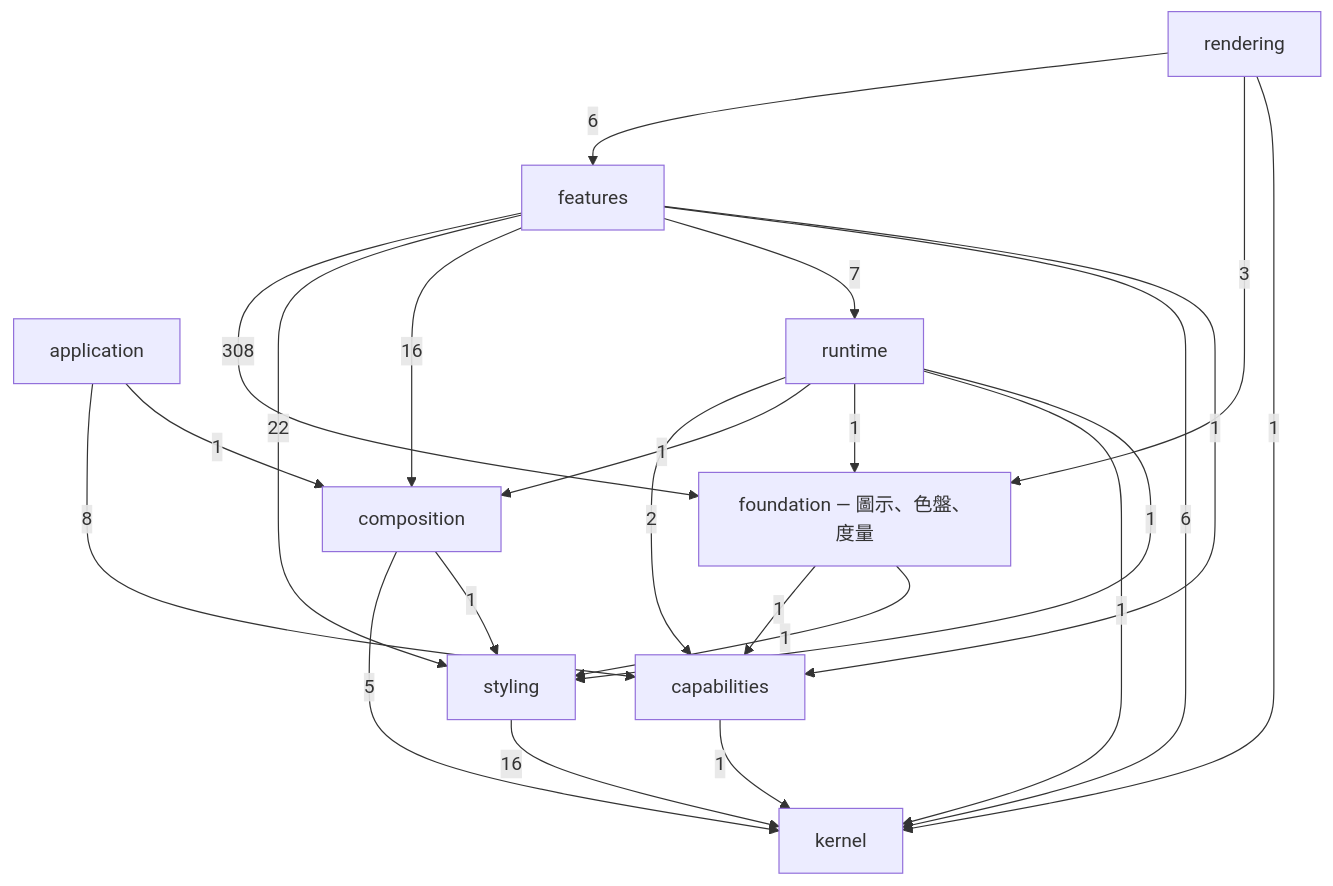
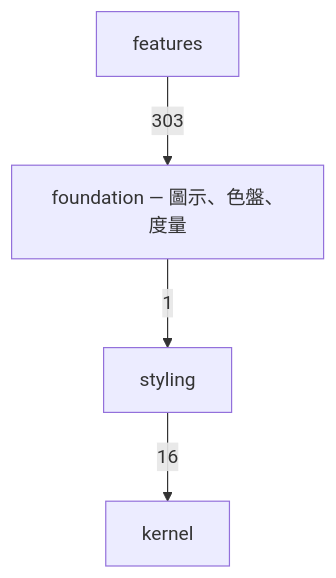
The first of 2 diagrams in spec/component-inventory.md (MiuDog/Kallopis), drawn with Mermaid before and after one commit. The commit also changed other lines of this file and 3430 other files, not shown here.

````diff
--- a/spec/component-inventory.md
+++ b/spec/component-inventory.md
@@ -18,26 +18,7 @@
 ```mermaid
 graph TD
   foundation["foundation — 圖示、色盤、度量"]
-  features -->|308| foundation
-  features -->|22| styling
-  features -->|16| composition
+  features -->|303| foundation
   styling -->|16| kernel
-  application -->|8| capabilities
-  features -->|7| runtime
-  features -->|6| kernel
-  rendering -->|6| features
-  composition -->|5| kernel
-  rendering -->|3| foundation
-  runtime -->|2| capabilities
-  application -->|1| composition
-  capabilities -->|1| kernel
-  composition -->|1| styling
-  features -->|1| capabilities
-  foundation -->|1| capabilities
   foundation -->|1| styling
-  rendering -->|1| kernel
-  runtime -->|1| composition
-  runtime -->|1| foundation
-  runtime -->|1| kernel
-  runtime -->|1| styling
 ```
````
